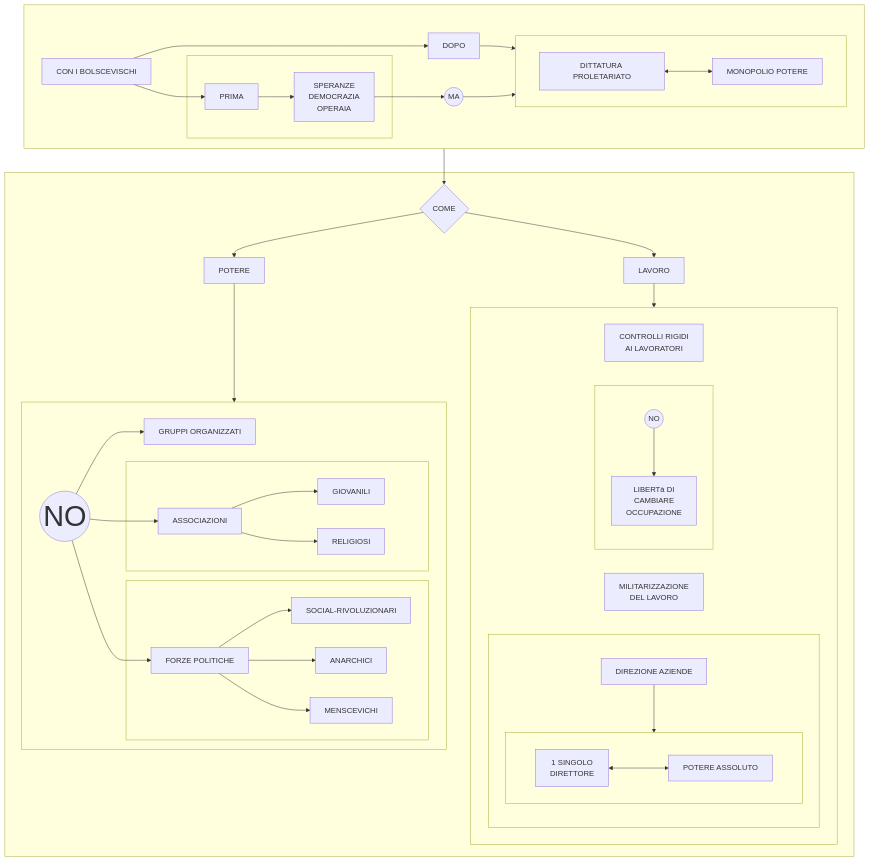
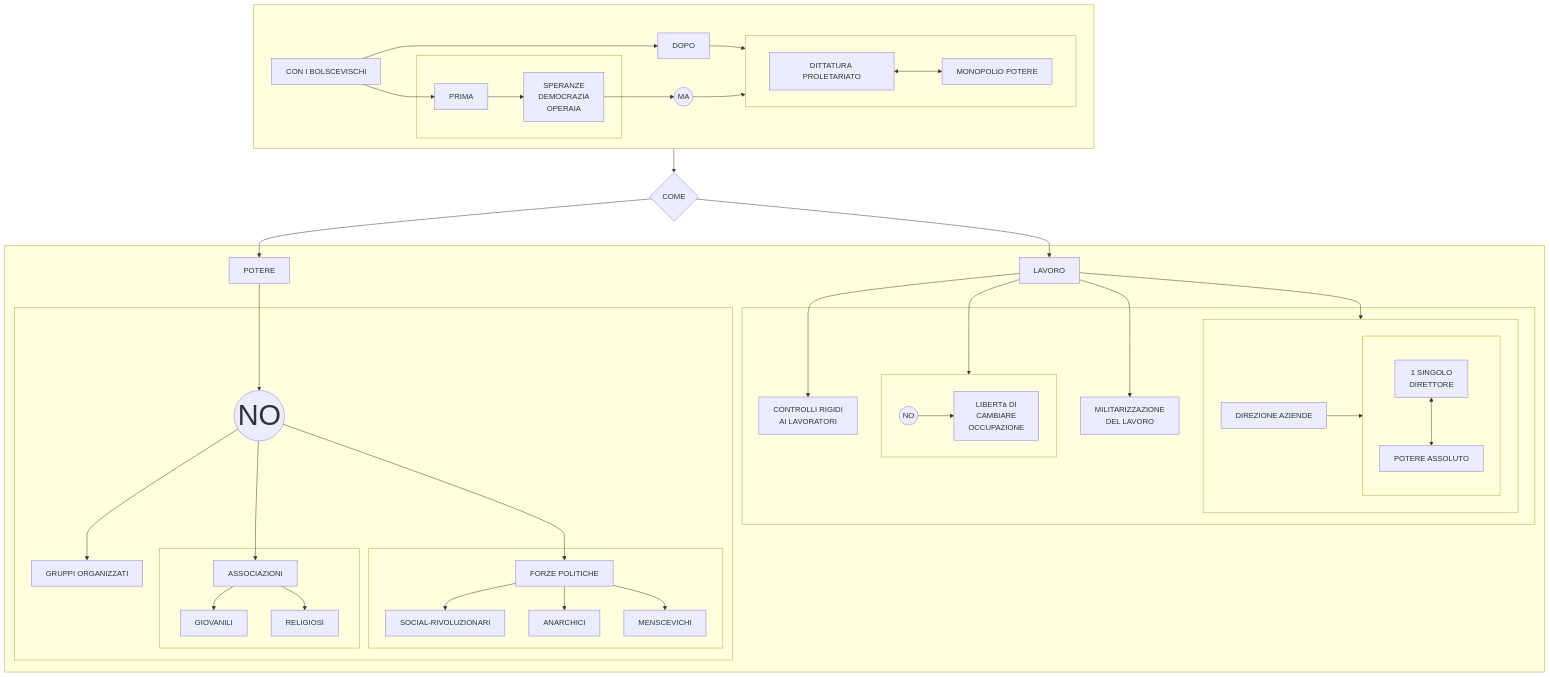
Before and after one commit to Laaouatni/ricerca-storia-MermaidJS: the diagram in prova.md, drawn with Mermaid.

````diff
--- a/prova.md
+++ b/prova.md
@@ -1,67 +1,67 @@
 ```mermaid
 flowchart TB
   subgraph 42[" "]
     0[CON I BOLSCEVISCHI]
     subgraph 3[" "]
       1[PRIMA]
       10[SPERANZE <br> DEMOCRAZIA <br> OPERAIA]
       1 --> 10
     end
     2[DOPO]
     0 --> 1 & 2
     subgraph 4[" "]
       40[DITTATURA PROLETARIATO]
       400[MONOPOLIO POTERE]
       40 <--> 400
     end
     2 --> 4
     41((MA))
     10 --> 41 --> 4
   end
   5{COME}
   42 --> 5
+  5 --> 69 & 89
   subgraph 7[" "]
     69[POTERE]
     89[LAVORO]
-    5 --> 69 & 89
-    69 --> 6
-    89 --> 8
+    69 --> 60
+    89 --> 80 & 81 & 82 & 83
     subgraph 6[" "]
       60((NO))
       style 60 font-size: 60px;
       61[GRUPPI ORGANIZZATI]
       subgraph 64[" "]
         62[ASSOCIAZIONI]
         620[GIOVANILI]
         621[RELIGIOSI]
       end
       subgraph 65[" "]
         63[FORZE POLITICHE]
         630[SOCIAL-RIVOLUZIONARI]
         631[ANARCHICI]
         632[MENSCEVICHI]
       end
       60 --> 61 & 62 & 63
       63 --> 630 & 631 & 632
       62 --> 620 & 621
     end
     subgraph 8[" "]
       80[CONTROLLI RIGIDI <br> AI LAVORATORI]
       subgraph 81[" "]
         810((NO))
         8100[LIBERTà DI <br> CAMBIARE <br> OCCUPAZIONE]
         810 --> 8100
       end
       82[MILITARIZZAZIONE <br> DEL LAVORO]
       subgraph 83[" "]
         830[DIREZIONE AZIENDE]
         subgraph 831[" "]
           832[1 SINGOLO <br> DIRETTORE]
           833[POTERE ASSOLUTO]
           832 <--> 833
         end
         830 --> 831
       end
     end
   end
 ```
````
